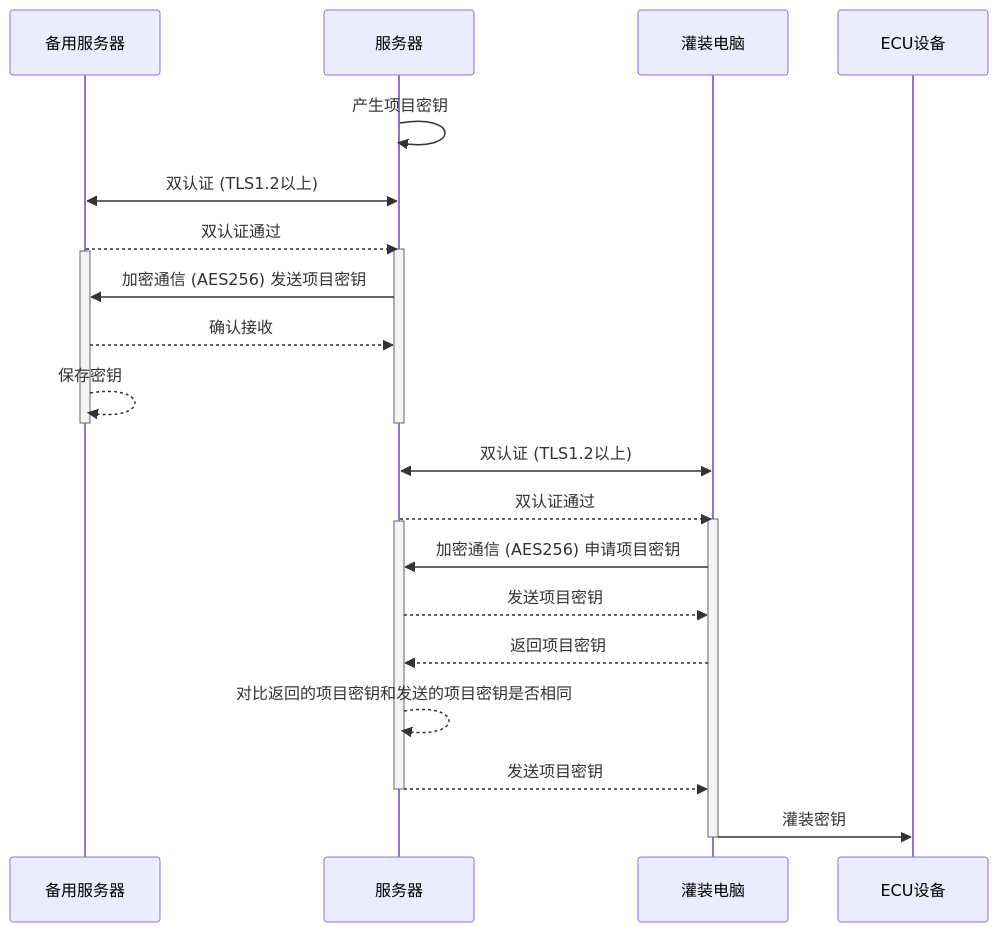
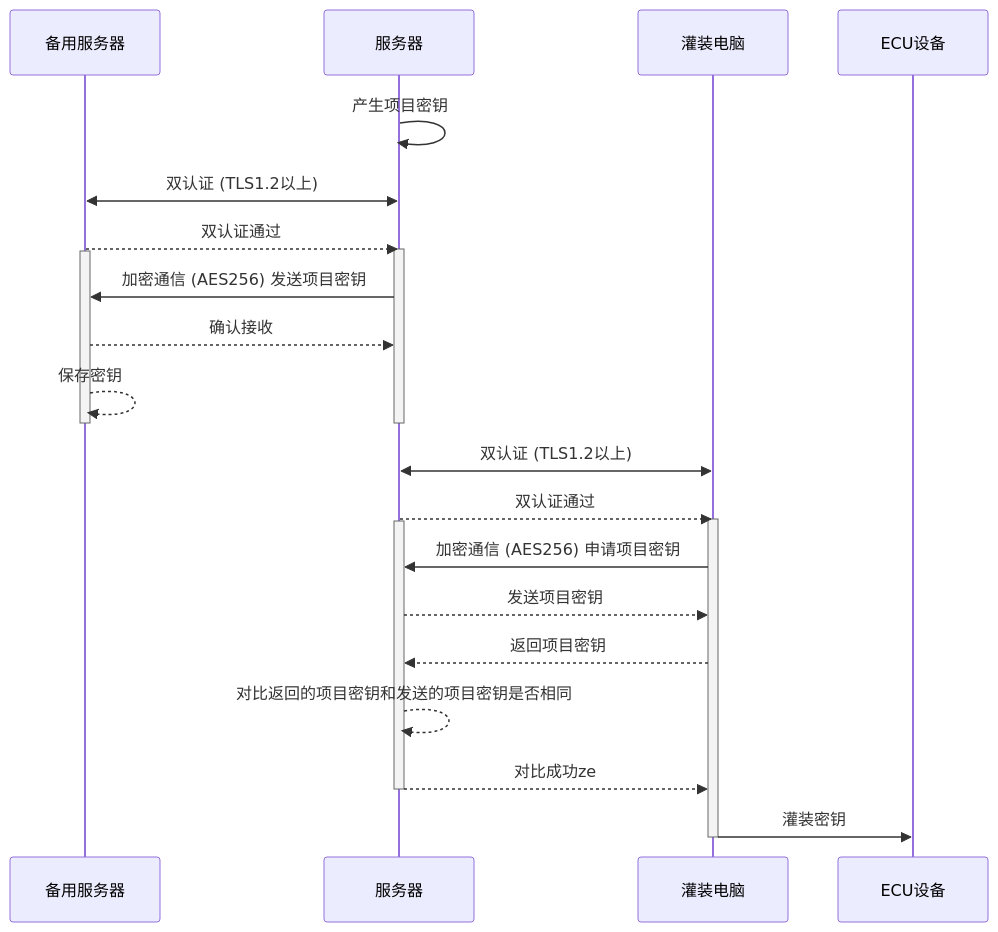
One commit to facebook-cloud/iodraw-files changed the diagram in all/未命名-10.md. Above: the diagram before and after it, drawn with Mermaid.

Commit message:
2026-01-15 11:01:54 update

````diff
--- a/all/未命名-10.md
+++ b/all/未命名-10.md
@@ -1,32 +1,32 @@
 ```mermaid
 sequenceDiagram
     participant B as 备用服务器
     participant A as 服务器
     participant C as 灌装电脑
     participant D as ECU设备
 
     A->>A: 产生项目密钥
     A<<->>B: 双认证 (TLS1.2以上)
     B-->>A: 双认证通过
     activate A
     activate B
     A->>B: 加密通信 (AES256) 发送项目密钥
     B-->>A: 确认接收
     B-->>B: 保存密钥
     deactivate B
     deactivate A
 
     C<<->>A: 双认证 (TLS1.2以上)
     A-->>C: 双认证通过
     activate C
     activate A
     C->>A: 加密通信 (AES256) 申请项目密钥
     A-->>C: 发送项目密钥
     C-->>A: 返回项目密钥
     A-->>A: 对比返回的项目密钥和发送的项目密钥是否相同
-    A-->>C: 发送项目密钥
+    A-->>C: 对比成功ze
     deactivate A
     C->>D: 灌装密钥
     deactivate C
 
 ```
````
